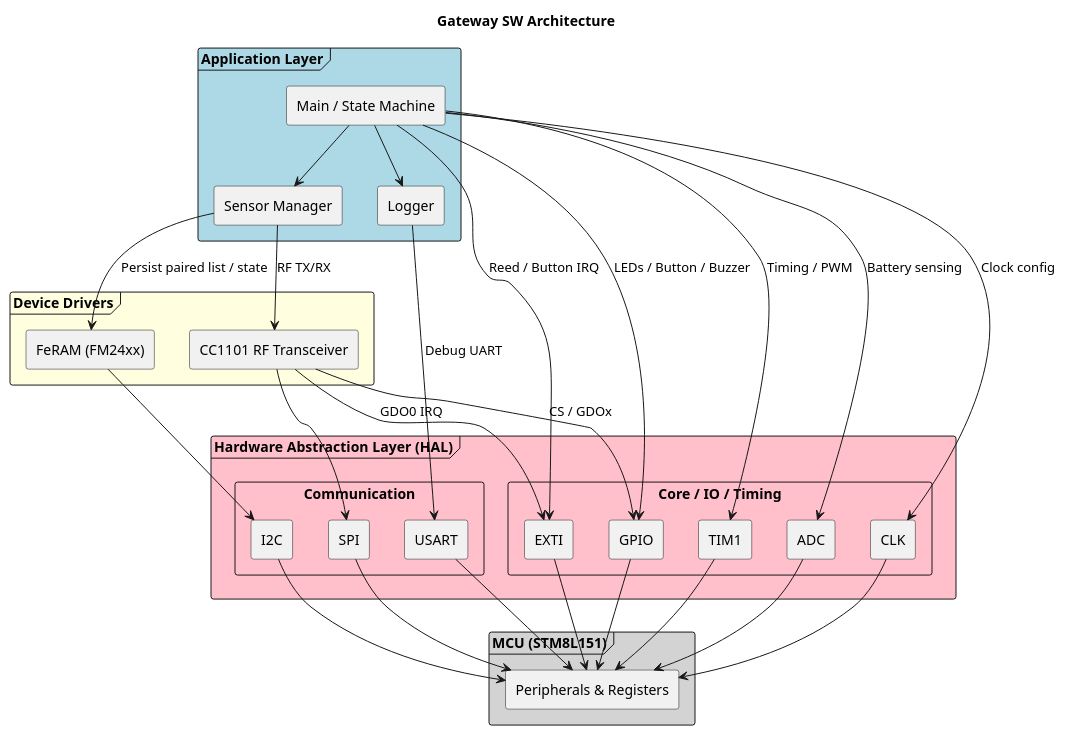
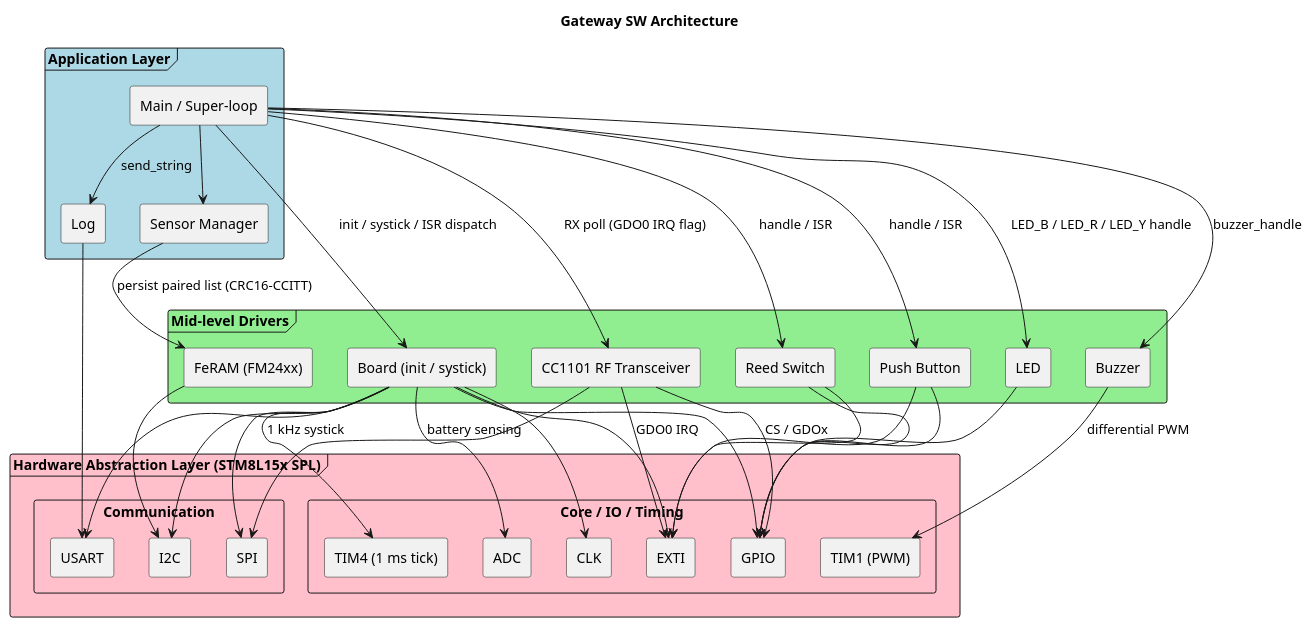
Before and after one commit to npeixoto64/ExitGuardian: the diagram in docs/architecture/diagrams/gateway_sw_arch.puml, drawn with PlantUML. The commit also changed 4 other files, not shown here.

Commit message:
EG-37 Update the gateway SW architecture.

```diff
--- a/docs/architecture/diagrams/gateway_sw_arch.puml
+++ b/docs/architecture/diagrams/gateway_sw_arch.puml
@@ -1,66 +1,73 @@
 @startuml
 skinparam componentStyle rectangle
 skinparam packageStyle frame
 
 title Gateway SW Architecture
 
 package "Application Layer" #LightBlue {
-    [Main / State Machine] as App
+    [Main / Super-loop] as App
     [Sensor Manager] as SensorMgr
-    [Logger] as Logger
+    [Log] as Log
 }
 
-package "Device Drivers" #LightYellow {
+package "Mid-level Drivers" #LightGreen {
+    [Board (init / systick)] as Board
     [CC1101 RF Transceiver] as CC1101
     [FeRAM (FM24xx)] as FeRAM
+    [Reed Switch] as Reed
+    [Push Button] as Button
+    [LED] as Led
+    [Buzzer] as Buzzer
 }
 
-package "Hardware Abstraction Layer (HAL)" #Pink {
+package "Hardware Abstraction Layer (STM8L15x SPL)" #Pink {
     component "Communication" {
         [SPI] as SPI
         [I2C] as I2C
         [USART] as USART
     }
     component "Core / IO / Timing" {
         [CLK] as CLK
         [GPIO] as GPIO
         [EXTI] as EXTI
-        [TIM1] as TIM1
+        [TIM1 (PWM)] as TIM1
+        [TIM4 (1 ms tick)] as TIM4
         [ADC] as ADC
     }
 }
 
-package "MCU (STM8L151)" #LightGray {
-    [Peripherals & Registers] as MCU
-}
+' Application -> Mid-level
+App --> Board     : init / systick / ISR dispatch
+App --> SensorMgr
+App --> CC1101    : RX poll (GDO0 IRQ flag)
+App --> Reed      : handle / ISR
+App --> Button    : handle / ISR
+App --> Led       : LED_B / LED_R / LED_Y handle
+App --> Buzzer    : buzzer_handle
+App --> Log       : send_string
 
-' Application -> Drivers / HAL
-App --> SensorMgr
-App --> Logger
-App --> GPIO  : LEDs / Button / Buzzer
-App --> EXTI  : Reed / Button IRQ
-App --> TIM1  : Timing / PWM
-App --> CLK   : Clock config
-App --> ADC   : Battery sensing
+SensorMgr --> FeRAM : persist paired list (CRC16-CCITT)
 
-SensorMgr --> CC1101 : RF TX/RX
-SensorMgr --> FeRAM  : Persist paired list / state
-Logger    --> USART  : Debug UART
+' Mid-level -> HAL
+Board  --> CLK
+Board  --> GPIO
+Board  --> EXTI
+Board  --> TIM4   : 1 kHz systick
+Board  --> ADC    : battery sensing
+Board  --> SPI
+Board  --> I2C
+Board  --> USART
 
-' Drivers -> HAL
 CC1101 --> SPI
-CC1101 --> GPIO  : CS / GDOx
-CC1101 --> EXTI  : GDO0 IRQ
+CC1101 --> GPIO   : CS / GDOx
+CC1101 --> EXTI   : GDO0 IRQ
 FeRAM  --> I2C
-
-' HAL -> MCU
-SPI   --> MCU
-I2C   --> MCU
-USART --> MCU
-CLK   --> MCU
-GPIO  --> MCU
-EXTI  --> MCU
-TIM1  --> MCU
-ADC   --> MCU
+Reed   --> GPIO
+Reed   --> EXTI
+Button --> GPIO
+Button --> EXTI
+Led    --> GPIO
+Buzzer --> TIM1   : differential PWM
+Log    --> USART
 
 @enduml
```
